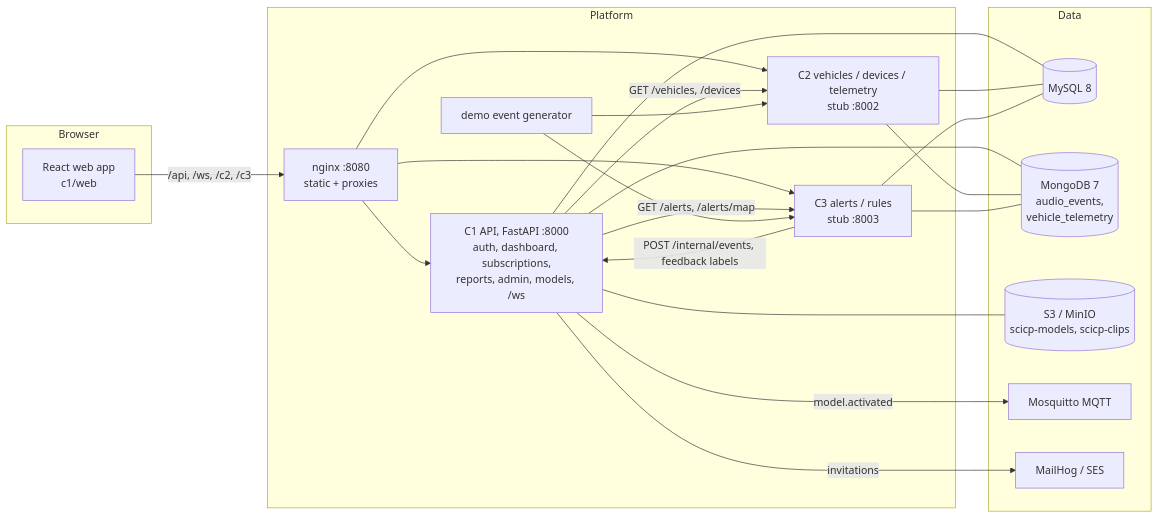
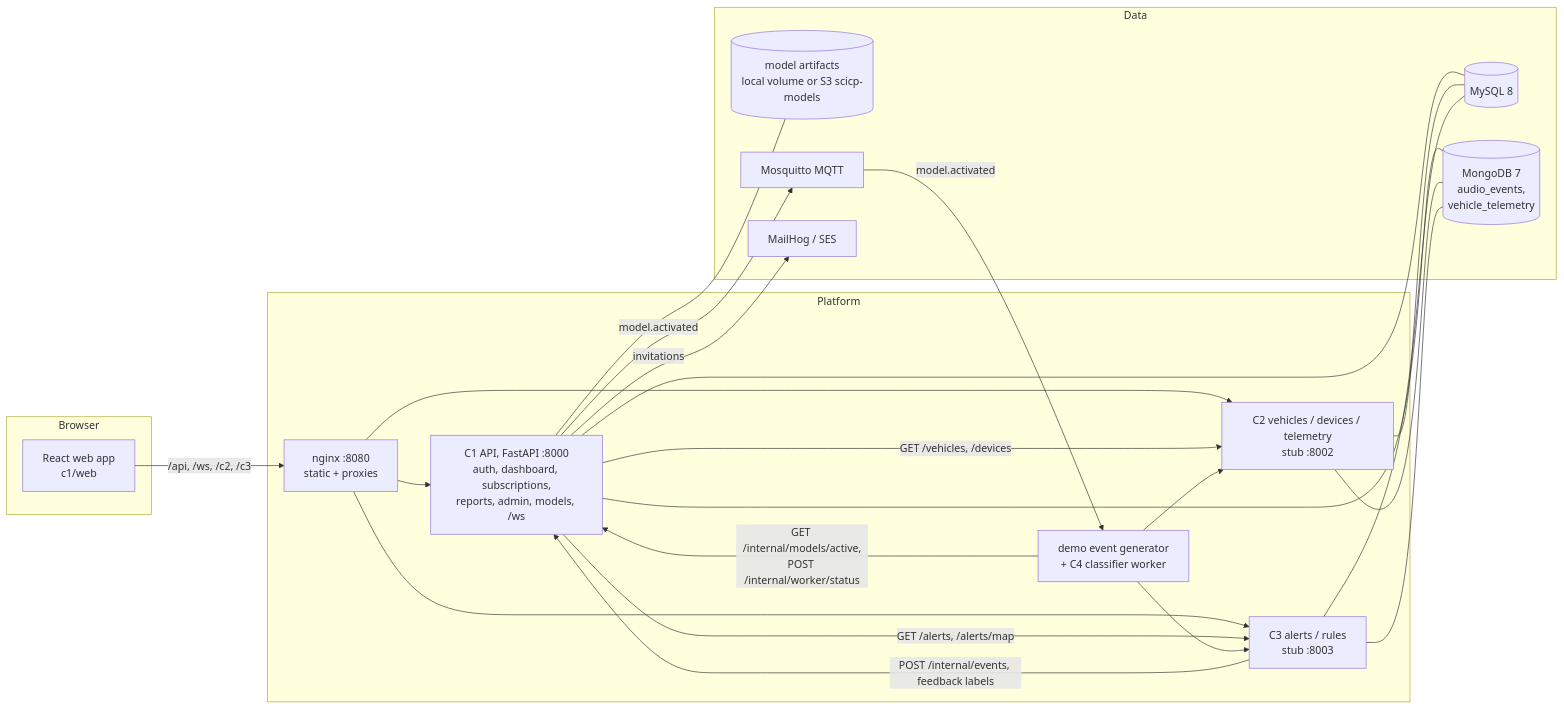
The diagram in README.md (anu-myadala/cmpe281_final_project_group2), drawn with Mermaid before and after one commit. The commit also changed other lines of this file and 42 other files, not shown here.

````diff
--- a/README.md
+++ b/README.md
@@ -23,38 +23,40 @@
 ```mermaid
 flowchart LR
   subgraph Browser
     W[React web app<br/>c1/web]
   end
   subgraph Platform
     N[nginx :8080<br/>static + proxies]
     A[C1 API, FastAPI :8000<br/>auth, dashboard, subscriptions,<br/>reports, admin, models, /ws]
     S2[C2 vehicles / devices / telemetry<br/>stub :8002]
     S3[C3 alerts / rules<br/>stub :8003]
-    G[demo event generator]
+    G[demo event generator<br/>+ C4 classifier worker]
   end
   subgraph Data
     M[(MySQL 8)]
     D[(MongoDB 7<br/>audio_events,<br/>vehicle_telemetry)]
-    O[(S3 / MinIO<br/>scicp-models, scicp-clips)]
+    O[(model artifacts<br/>local volume or S3 scicp-models)]
     Q[Mosquitto MQTT]
     E[MailHog / SES]
   end
   W -->|/api, /ws, /c2, /c3| N
   N --> A
   N --> S2
   N --> S3
   A -->|GET /vehicles, /devices| S2
   A -->|GET /alerts, /alerts/map| S3
   S3 -->|POST /internal/events, feedback labels| A
   G --> S2
   G --> S3
   A --- M
   A --- D
   A --- O
   A -->|model.activated| Q
+  Q -->|model.activated| G
+  G -->|GET /internal/models/active,<br/>POST /internal/worker/status| A
   A -->|invitations| E
   S2 --- M
   S2 --- D
   S3 --- M
   S3 --- D
 ```
````
